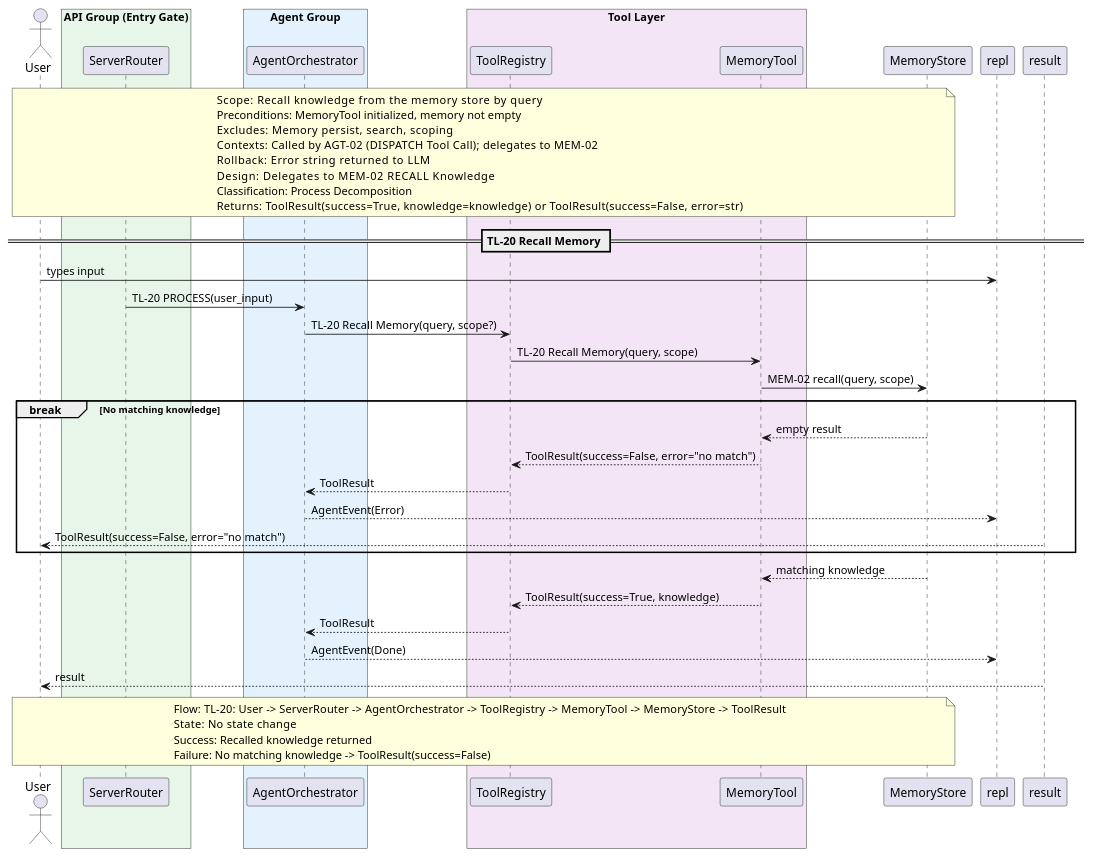
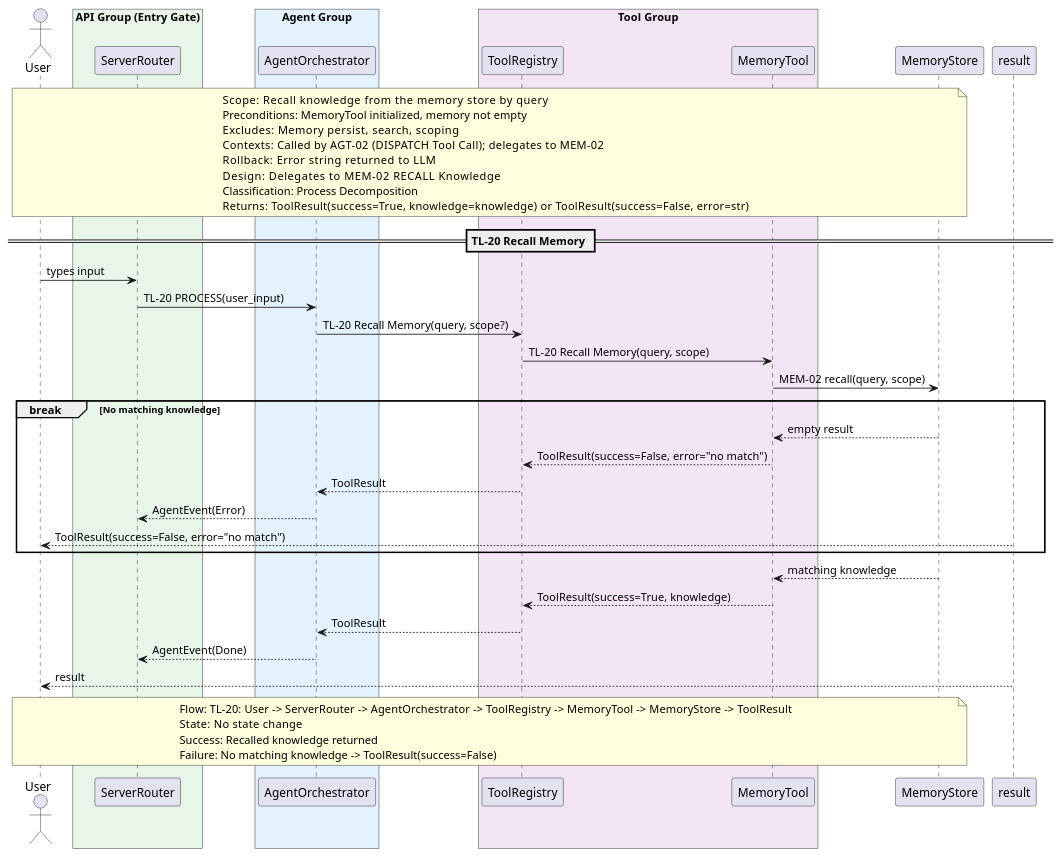
The diagram in docs/SQ/TL/sq_tl20_recall_memory.puml (salimnamvar/nasim), drawn with PlantUML before and after one commit. The commit also changed 186 other files, not shown here.

Commit message:
docs: Delete outdated sequence diagram skill documentation and replace with a comprehensive rulebook for use case diagram design derived from C4 architecture, ensuring full coverage of systems, containers, components, and CRUD-format naming conventions.

```diff
--- a/docs/SQ/TL/sq_tl20_recall_memory.puml
+++ b/docs/SQ/TL/sq_tl20_recall_memory.puml
@@ -1,66 +1,66 @@
 @startuml sq_tl20_recall_memory
 ' ============================================================
 ' Title:     TL-20 — Recall Memory
 ' Boundary:  nasim code agent
 ' Purpose:   Recall knowledge from memory via MemoryTool
 ' Milestone: v1.0
-' Version:   8.0.0
+' Version:   9.1.0
 ' Source:    CAR refinement loop — API-First transformation
 ' Review:    docs/SQ/README.md
 ' ============================================================
 
 actor "User" as user
 
 box "API Group (Entry Gate)" #E8F5E9
   participant "ServerRouter" as router
 end box
 box "Agent Group" #E3F2FD
   participant "AgentOrchestrator" as agent
 end box
-box "Tool Layer" #F3E5F5
+box "Tool Group" #F3E5F5
   participant "ToolRegistry" as registry
   participant "MemoryTool" as tool
 end box
 participant "MemoryStore" as mem
 
 note over user, mem
   Scope:          Recall knowledge from the memory store by query
   Preconditions:  MemoryTool initialized, memory not empty
   Excludes:       Memory persist, search, scoping
   Contexts:       Called by AGT-02 (DISPATCH Tool Call); delegates to MEM-02
   Rollback:       Error string returned to LLM
   Design:         Delegates to MEM-02 RECALL Knowledge
   Classification: Process Decomposition
   Returns:        ToolResult(success=True, knowledge=knowledge) or ToolResult(success=False, error=str)
 end note
 
 == TL-20 Recall Memory ==
 
-user -> repl : types input
+user -> router : types input
 router -> agent : TL-20 PROCESS(user_input)
 agent -> registry : TL-20 Recall Memory(query, scope?)
 registry -> tool : TL-20 Recall Memory(query, scope)
 tool -> mem : MEM-02 recall(query, scope)
 
 break No matching knowledge
     mem --> tool : empty result
     tool --> registry : ToolResult(success=False, error="no match")
     registry --> agent : ToolResult
-    agent --> repl : AgentEvent(Error)
+    agent --> router : AgentEvent(Error)
     result --> user : ToolResult(success=False, error="no match")
 end
 
 mem --> tool : matching knowledge
 tool --> registry : ToolResult(success=True, knowledge)
 registry --> agent : ToolResult
-agent --> repl : AgentEvent(Done)
+agent --> router : AgentEvent(Done)
 result --> user : result
 
 note over user, mem
   Flow:    TL-20: User -> ServerRouter -> AgentOrchestrator -> ToolRegistry -> MemoryTool -> MemoryStore -> ToolResult
   State:   No state change
   Success: Recalled knowledge returned
   Failure: No matching knowledge -> ToolResult(success=False)
 end note
 
 @enduml
```
